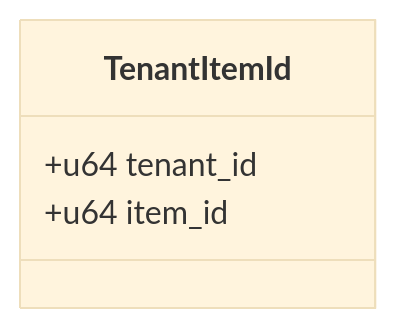
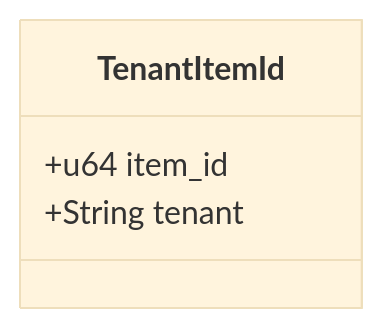
One commit to Scetrov/frontier.scetrov.live changed the first of 2 diagrams in content/develop/world-contracts/primitives/in_game_id.move.md. Above: the diagram before and after it, drawn with Mermaid (base theme). The commit also changed other lines of this file and 5 other files, not shown here.

````diff
--- a/content/develop/world-contracts/primitives/in_game_id.move.md
+++ b/content/develop/world-contracts/primitives/in_game_id.move.md
@@ -14,7 +12,7 @@
 ```mermaid
 classDiagram
     class TenantItemId {
-        +u64 tenant_id
         +u64 item_id
+        +String tenant
     }
 ```
````
